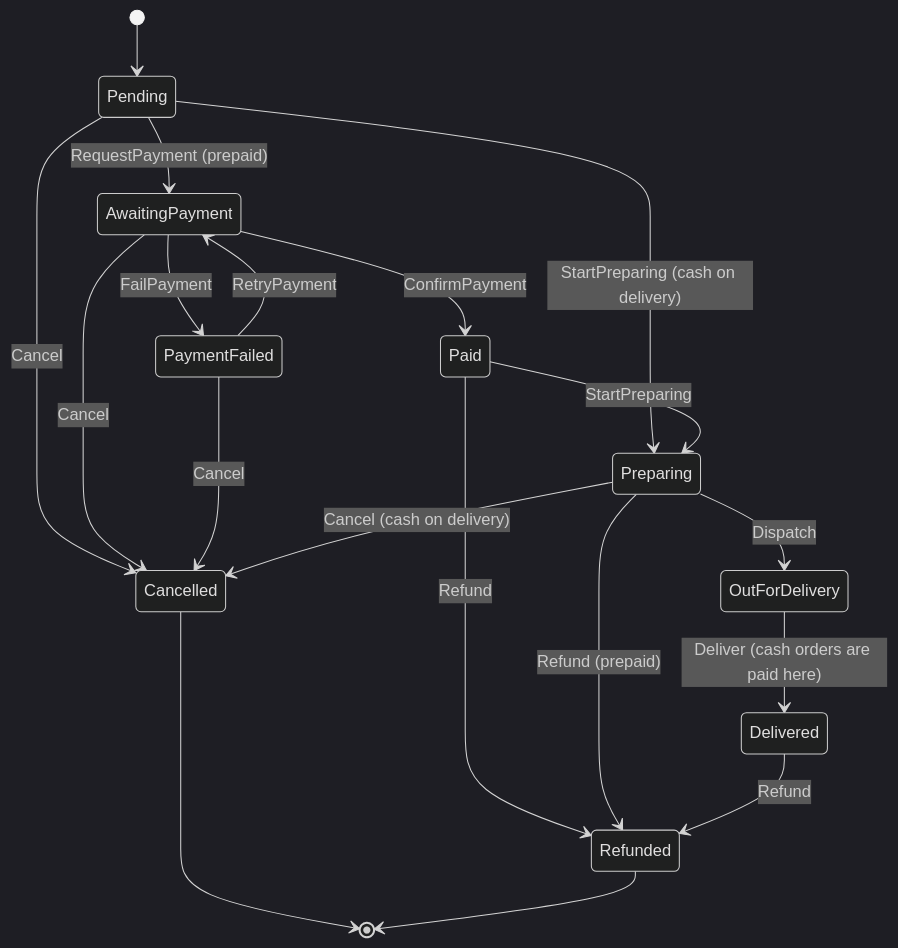
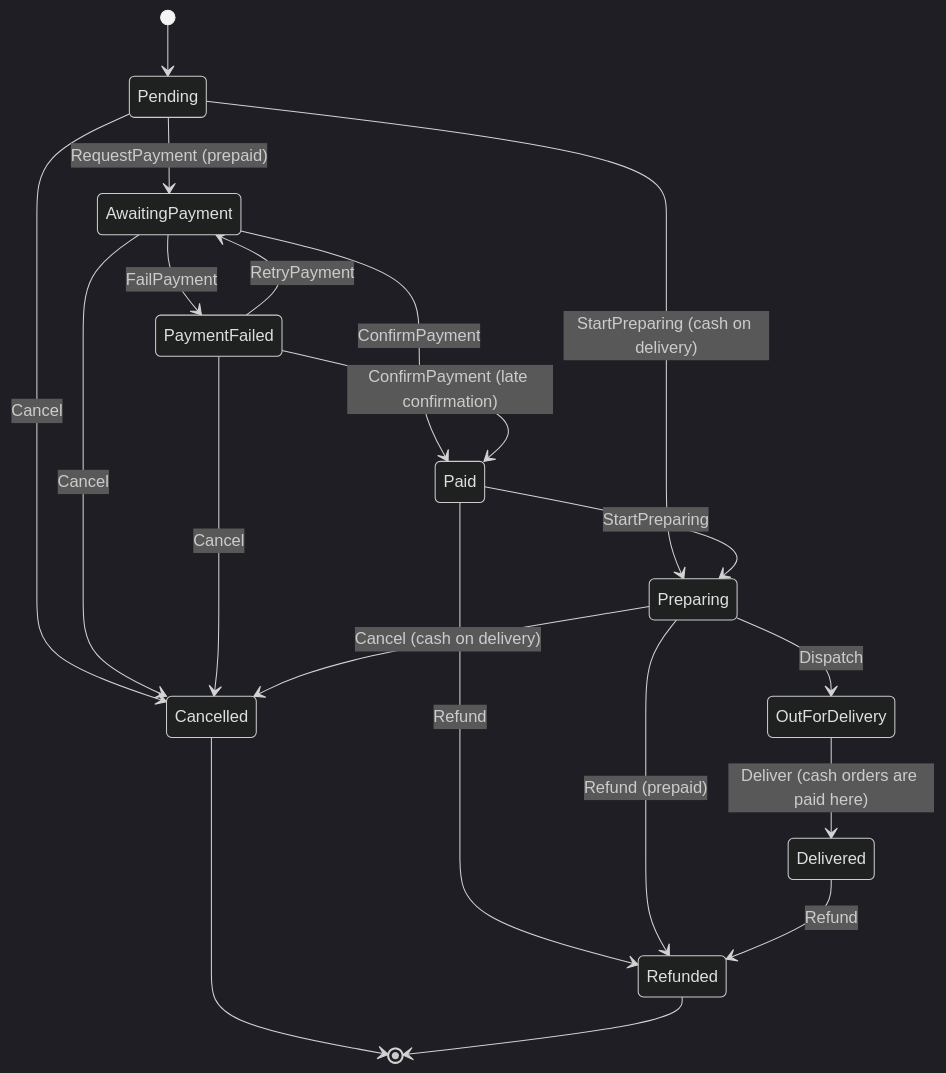
The first of 2 diagrams in docs/patterns/State.md (edilsonmanjate/kanimambo-market), drawn with Mermaid (dark theme) before and after one commit. The commit also changed other lines of this file and 8 other files, not shown here.

````diff
--- a/docs/patterns/State.md
+++ b/docs/patterns/State.md
@@ -41,21 +41,22 @@
 ```mermaid
 stateDiagram-v2
     [*] --> Pending
     Pending --> AwaitingPayment: RequestPayment (prepaid)
     Pending --> Preparing: StartPreparing (cash on delivery)
     Pending --> Cancelled: Cancel
     AwaitingPayment --> Paid: ConfirmPayment
     AwaitingPayment --> PaymentFailed: FailPayment
     AwaitingPayment --> Cancelled: Cancel
     PaymentFailed --> AwaitingPayment: RetryPayment
     PaymentFailed --> Cancelled: Cancel
+    PaymentFailed --> Paid: ConfirmPayment (late confirmation)
     Paid --> Preparing: StartPreparing
     Paid --> Refunded: Refund
     Preparing --> OutForDelivery: Dispatch
     Preparing --> Refunded: Refund (prepaid)
     Preparing --> Cancelled: Cancel (cash on delivery)
     OutForDelivery --> Delivered: Deliver (cash orders are paid here)
     Delivered --> Refunded: Refund
     Cancelled --> [*]
     Refunded --> [*]
 ```
````
